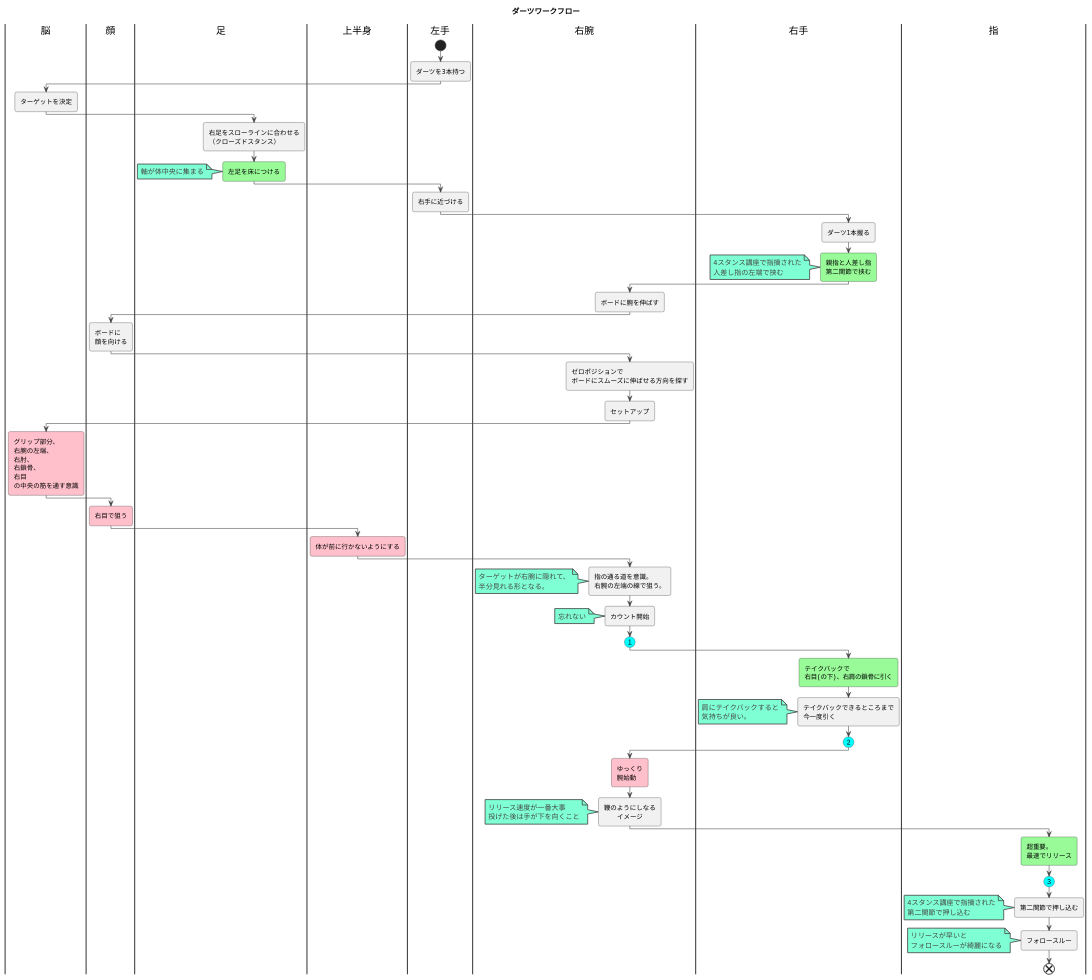
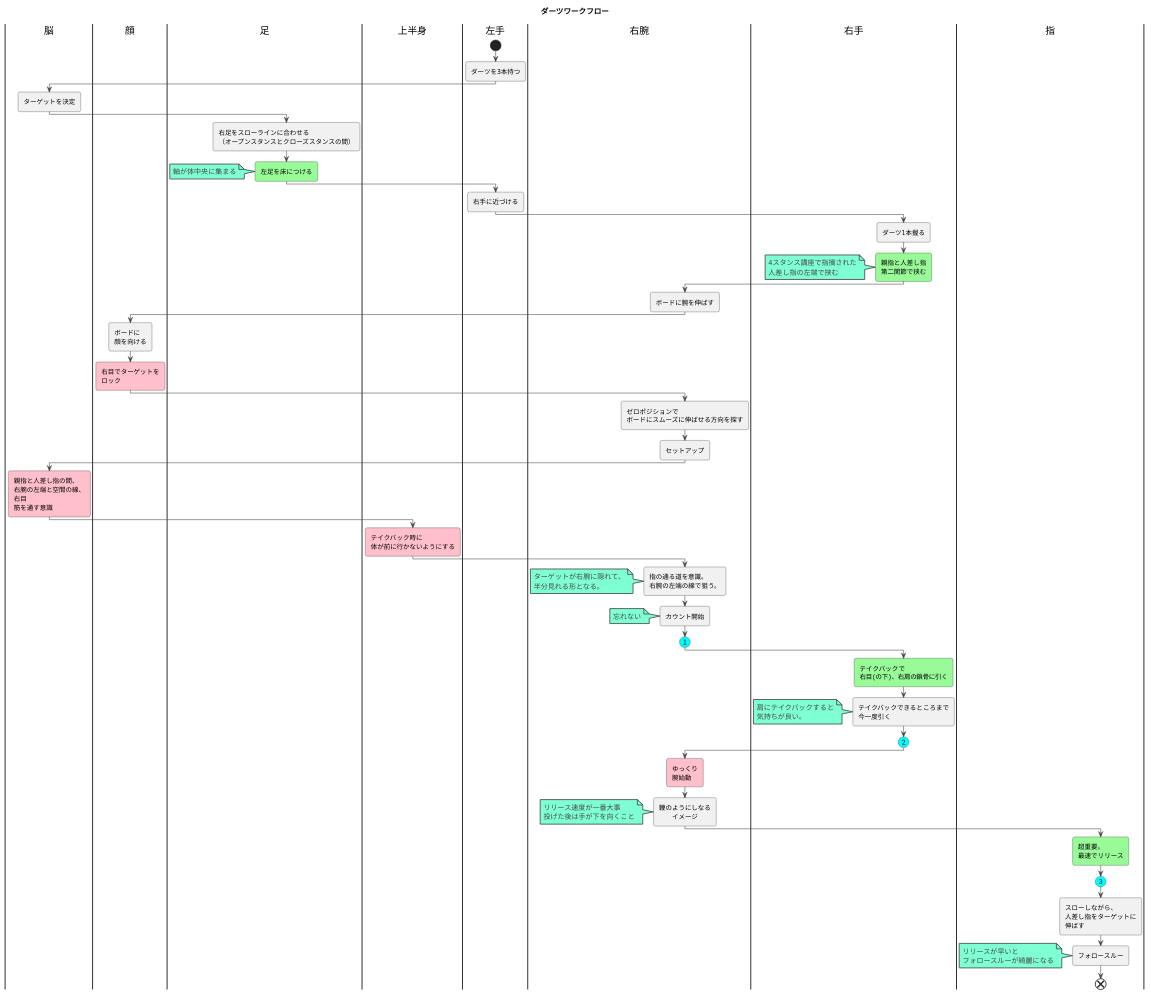
The diagram in dartsFlow.plantuml (darts-cloud/dartsFlow), drawn with PlantUML before and after one commit.

Commit message:
新フォーム

```diff
--- a/dartsFlow.plantuml
+++ b/dartsFlow.plantuml
@@ -1,141 +1,146 @@
 @startuml
 title ダーツワークフロー
 
 
 
 !theme vibrant
 
 |脳|
 |顔|
 |足|
 |上半身|
 |左手|
 |右腕|
 |左手|
 start
 :ダーツを3本持つ;
 |脳|
 :ターゲットを決定;
 |足|
 :右足をスローラインに合わせる
-（クローズドスタンス）;
+（オープンスタンスとクローズスタンスの間）;
 #palegreen:左足を床につける;
 note
   軸が体中央に集まる
 end note
 /'
 ################
 ##pink:左足を右足よりも
 #後ろに下げる;
 ################
 '/
 
 |左手|
 :右手に近づける;
 |右手|
 :ダーツ1本握る;
 #palegreen:親指と人差し指
 第二関節で挟む;
 note
   4スタンス講座で指摘された
   人差し指の左端で挟む
 end note
 
 |右腕|
 :ボードに腕を伸ばす;
 
 |顔|
 :ボードに
 顔を向ける;
+#pink:右目でターゲットを
+ロック;
 |右腕|
 :ゼロポジションで
 ボードにスムーズに伸ばせる方向を探す;
 :セットアップ;
 |脳|
-#pink:グリップ部分、
-右腕の左端、
-右肘、
-右鎖骨、
+#pink:親指と人差し指の間、
+右腕の左端と空間の線、
 右目
-の中央の筋を通す意識;
+筋を通す意識;
 |顔|
-#pink:右目で狙う;
 
 |上半身|
-#pink:体が前に行かないようにする;
+#pink:テイクバック時に
+体が前に行かないようにする;
 
 |右腕|
 :指の通る道を意識。
 右腕の左端の線で狙う。;
 note
 ターゲットが右腕に隠れて、
 半分見れる形となる。
 end note
 
 |右腕|
 :カウント開始;
 
 note
     忘れない
 end note
 
 
 #Aqua:(１)
 
 |右手|
 
 #palegreen:テイクバックで
 右目(の下)、右肩の鎖骨に引く;
 
 :テイクバックできるところまで
 今一度引く;
 
 note
     肩にテイクバックすると
     気持ちが良い。
 end note
 
 #Aqua:(２)
 
 /'
 #pink:肘固定意識;
 note
     固定が甘い
     →飛ばない
 end note
 #pink:肘の裏側が意識;
 note
     指の道が
     肘の左側
 end note
 '/
 
 |右腕|
 #pink:ゆっくり
 腕始動;
 :鞭のようにしなる
 　　イメージ;
 note
   リリース速度が一番大事
   投げた後は手が下を向くこと
 end note
 |指|
 #palegreen:超重要。
 最速でリリース;
 
 #Aqua:(３)
 
+:スローしながら、
+人差し指をターゲットに
+伸ばす;
+/'
 :第二関節で押し込む;
 note
   4スタンス講座で指摘された
   第二関節で押し込む
 end note
+'/
 
 :フォロースルー;
 note
   リリースが早いと
   フォロースルーが綺麗になる
 end note
 
 end
 @enduml
```
